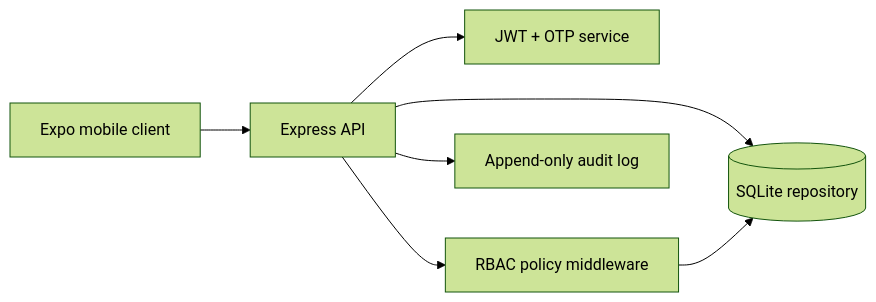
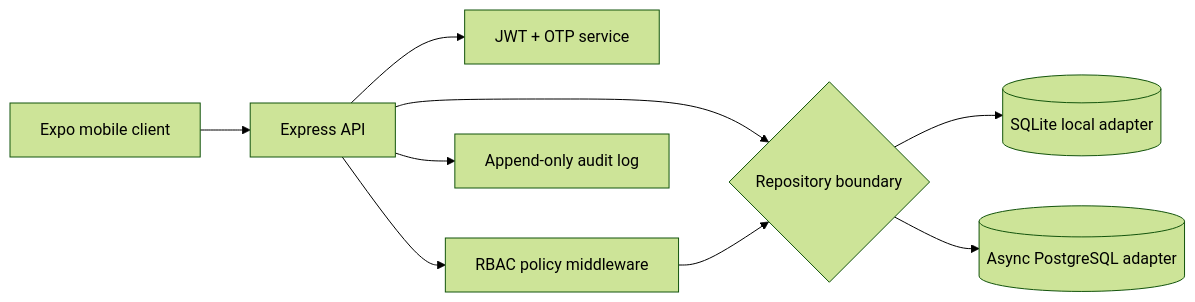
The diagram in README.md (Rohinth-S/SecureShift), drawn with Mermaid (forest theme) before and after one commit. The commit also changed other lines of this file and 5 other files, not shown here.

Commit message:
feat: add async Postgres persistence for SecureShift

````diff
--- a/README.md
+++ b/README.md
@@ -7,9 +7,11 @@
 ```mermaid
 flowchart LR
   Mobile[Expo mobile client] --> API[Express API]
   API --> Auth[JWT + OTP service]
   API --> Policy[RBAC policy middleware]
-  API --> Repo[(SQLite repository)]
+  API --> Repo{Repository boundary}
+  Repo --> SQLite[(SQLite local adapter)]
+  Repo --> Postgres[(Async PostgreSQL adapter)]
   API --> Audit[Append-only audit log]
   Policy --> Repo
 ```
````
